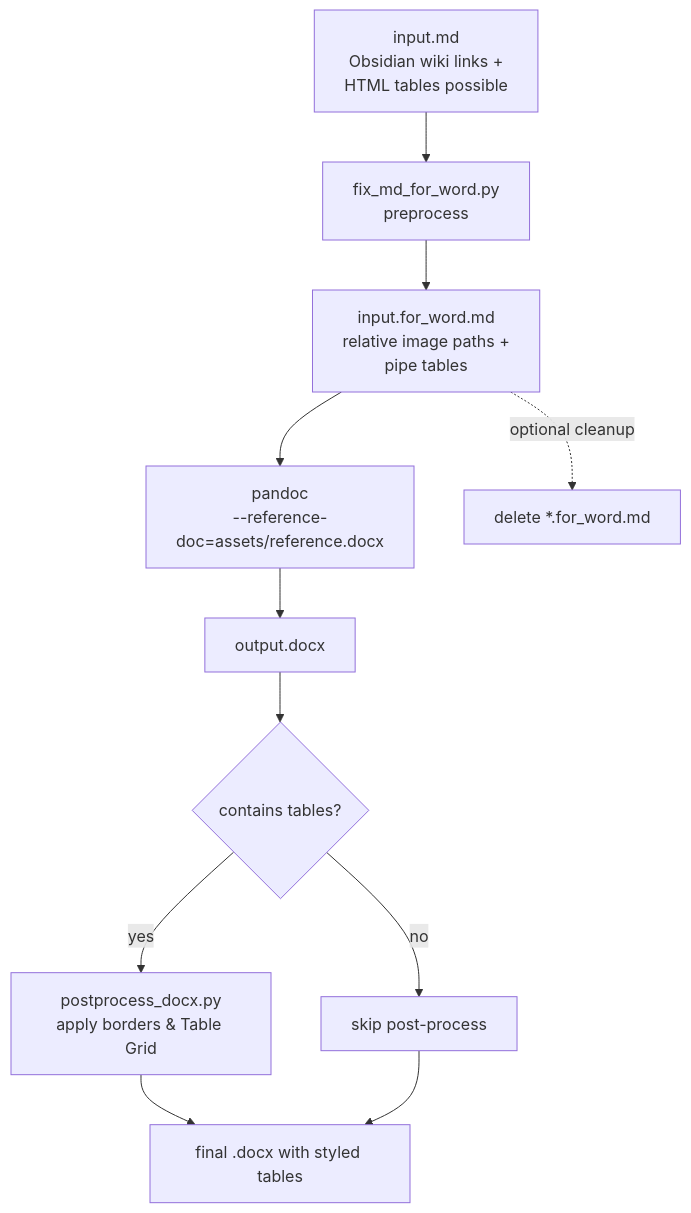
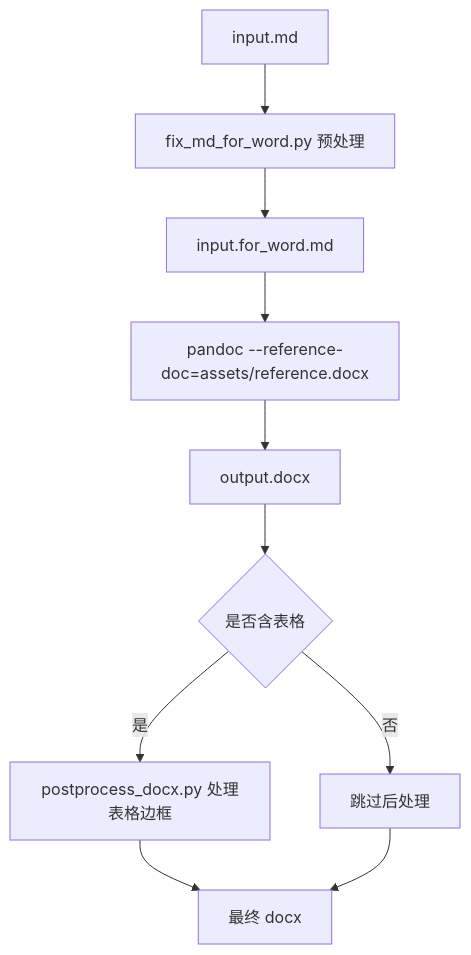
One commit to JasonCai2024/skill-markdown-to-word changed the diagram in README.md. Above: the diagram before and after it, drawn with Mermaid. The commit also changed other lines of this file and 1 other file, not shown here.

````diff
--- a/README.md
+++ b/README.md
@@ -17,13 +27,12 @@
 ```mermaid
 flowchart TD
-    A[input.md<br/>Obsidian wiki links +<br/>HTML tables possible] --> B[fix_md_for_word.py<br/>preprocess]
-    B --> C[input.for_word.md<br/>relative image paths +<br/>pipe tables]
-    C --> D[pandoc<br/>--reference-doc=assets/reference.docx]
+    A[input.md] --> B[fix_md_for_word.py 预处理]
+    B --> C[input.for_word.md]
+    C --> D[pandoc --reference-doc=assets/reference.docx]
     D --> E[output.docx]
-    E --> F{contains tables?}
-    F -- yes --> G[postprocess_docx.py<br/>apply borders & Table Grid]
-    F -- no --> H[skip post-process]
-    G --> I[final .docx with styled tables]
+    E --> F{是否含表格}
+    F -- 是 --> G[postprocess_docx.py 处理表格边框]
+    F -- 否 --> H[跳过后处理]
+    G --> I[最终 docx]
     H --> I
-    C -. optional cleanup .-> J[delete *.for_word.md]
 ```
````
